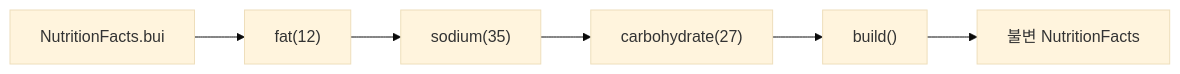
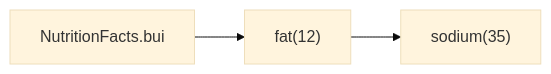
One commit to yjkim2015/yjkim2015.github.io changed the second of 5 diagrams in _posts/effective_java/2026-05-03-effective-java-object-creation.md. Above: the diagram before and after it, drawn with Mermaid (base theme). The commit also changed other lines of this file and 132 other files, not shown here.

First line of the commit message:
Mermaid 다이어그램 가독성 정리: 단순 제거, 노드 축소, TD→LR 변환

````diff
--- a/_posts/effective_java/2026-05-03-effective-java-object-creation.md
+++ b/_posts/effective_java/2026-05-03-effective-java-object-creation.md
@@ -82,8 +82,5 @@
 ```mermaid
 flowchart LR
     A["NutritionFacts.bui"] --> B["fat(12)"]
     B --> C["sodium(35)"]
-    C --> D["carbohydrate(27)"]
-    D --> E["build()"]
-    E --> F["불변 NutritionFacts"]
 ```
````
